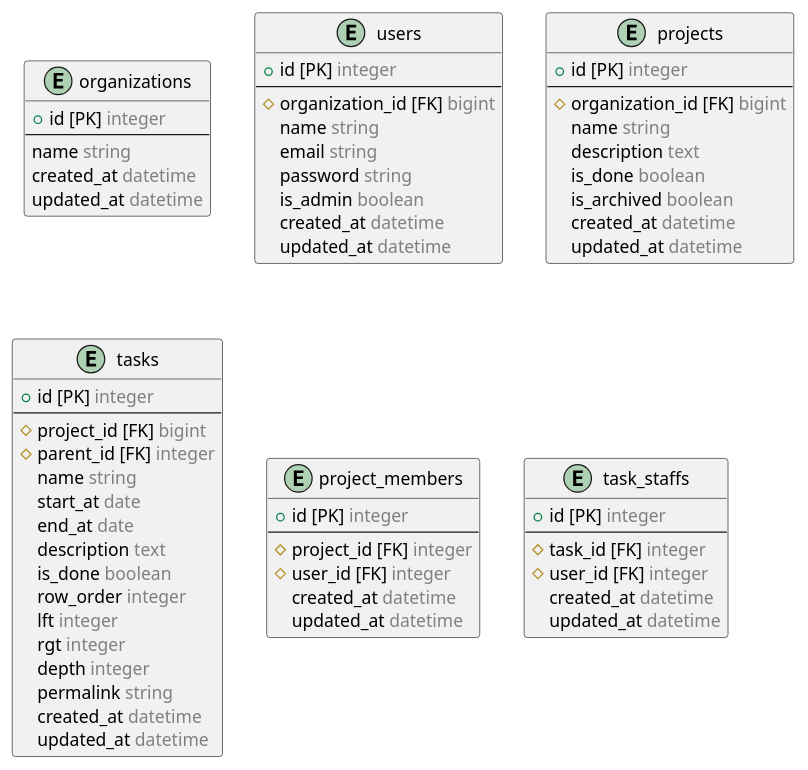
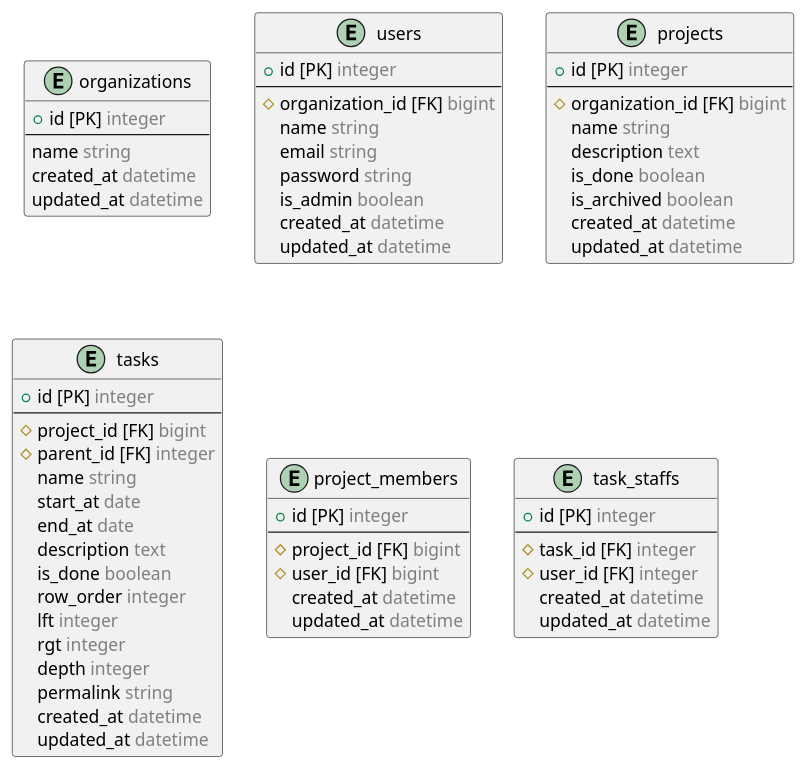
Before and after one commit to musashi-634/taskwith: the diagram in docs/erd/src/entity.pu, drawn with PlantUML. The commit also changed 3 other files, not shown here.

```diff
--- a/docs/erd/src/entity.pu
+++ b/docs/erd/src/entity.pu
@@ -1,72 +1,72 @@
 @startuml erd
 
   entity "organizations" {
     + id [PK] <color:gray>integer</color>
     --
     name <color:gray>string</color>
     created_at <color:gray>datetime</color>
     updated_at <color:gray>datetime</color>
   }
 
   entity "users" {
     + id [PK] <color:gray>integer</color>
     --
     # organization_id [FK] <color:gray>bigint</color>
     name <color:gray>string</color>
     email <color:gray>string</color>
     password <color:gray>string</color>
     is_admin <color:gray>boolean</color>
     created_at <color:gray>datetime</color>
     updated_at <color:gray>datetime</color>
   }
 
   entity "projects" {
     + id [PK] <color:gray>integer</color>
     --
     # organization_id [FK] <color:gray>bigint</color>
     name <color:gray>string</color>
     description <color:gray>text</color>
     is_done <color:gray>boolean</color>
     is_archived <color:gray>boolean</color>
     created_at <color:gray>datetime</color>
     updated_at <color:gray>datetime</color>
   }
 
   entity "tasks" {
     + id [PK] <color:gray>integer</color>
     --
     # project_id [FK] <color:gray>bigint</color>
     # parent_id [FK] <color:gray>integer</color>
     name <color:gray>string</color>
     start_at <color:gray>date</color>
     end_at <color:gray>date</color>
     description <color:gray>text</color>
     is_done <color:gray>boolean</color>
     row_order <color:gray>integer</color>
     lft <color:gray>integer</color>
     rgt <color:gray>integer</color>
     depth <color:gray>integer</color>
     permalink <color:gray>string</color>
     created_at <color:gray>datetime</color>
     updated_at <color:gray>datetime</color>
   }
 
   entity "project_members" {
     + id [PK] <color:gray>integer</color>
     --
-    # project_id [FK] <color:gray>integer</color>
-    # user_id [FK] <color:gray>integer</color>
+    # project_id [FK] <color:gray>bigint</color>
+    # user_id [FK] <color:gray>bigint</color>
     created_at <color:gray>datetime</color>
     updated_at <color:gray>datetime</color>
   }
 
   entity "task_staffs" {
     + id [PK] <color:gray>integer</color>
     --
     # task_id [FK] <color:gray>integer</color>
     # user_id [FK] <color:gray>integer</color>
     created_at <color:gray>datetime</color>
     updated_at <color:gray>datetime</color>
   }
 
 @enduml
```
